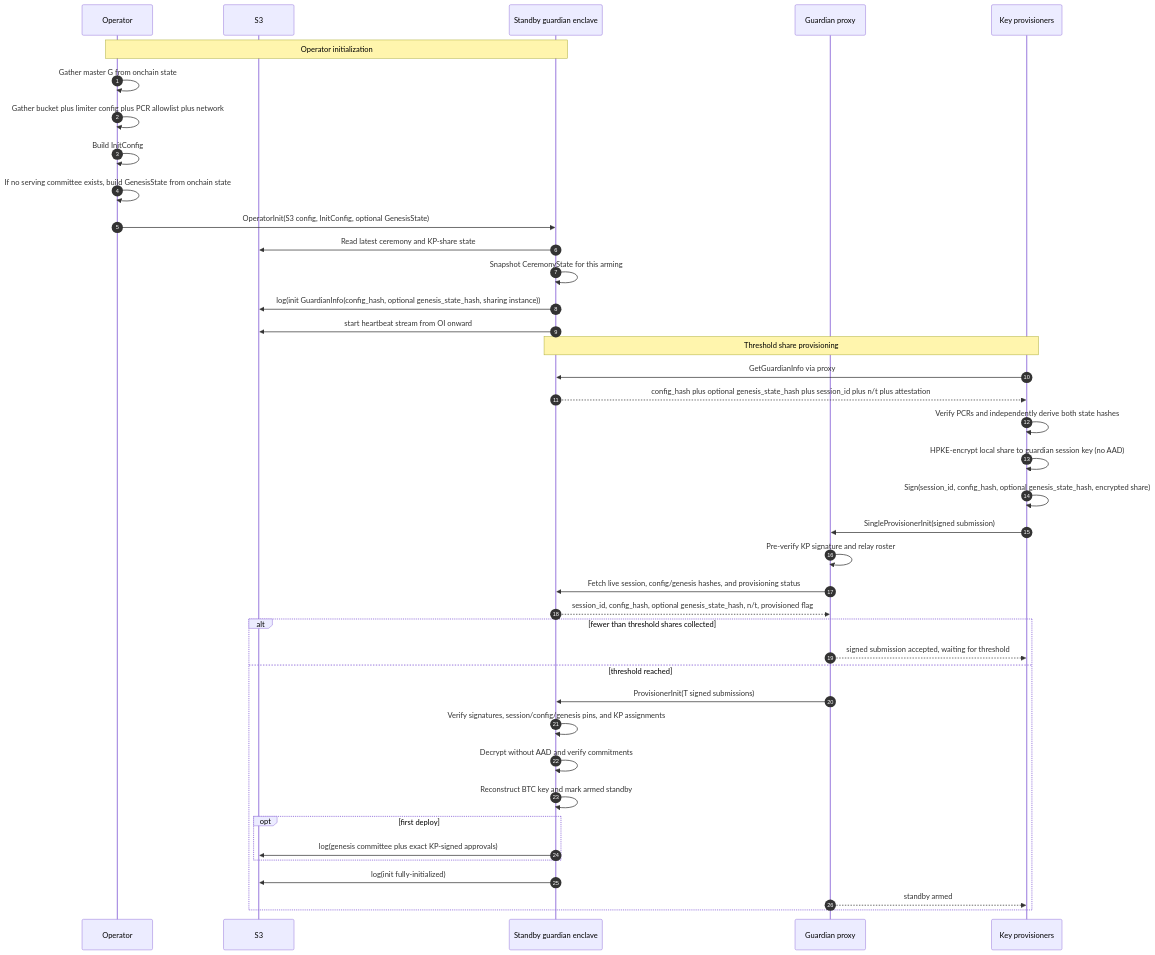
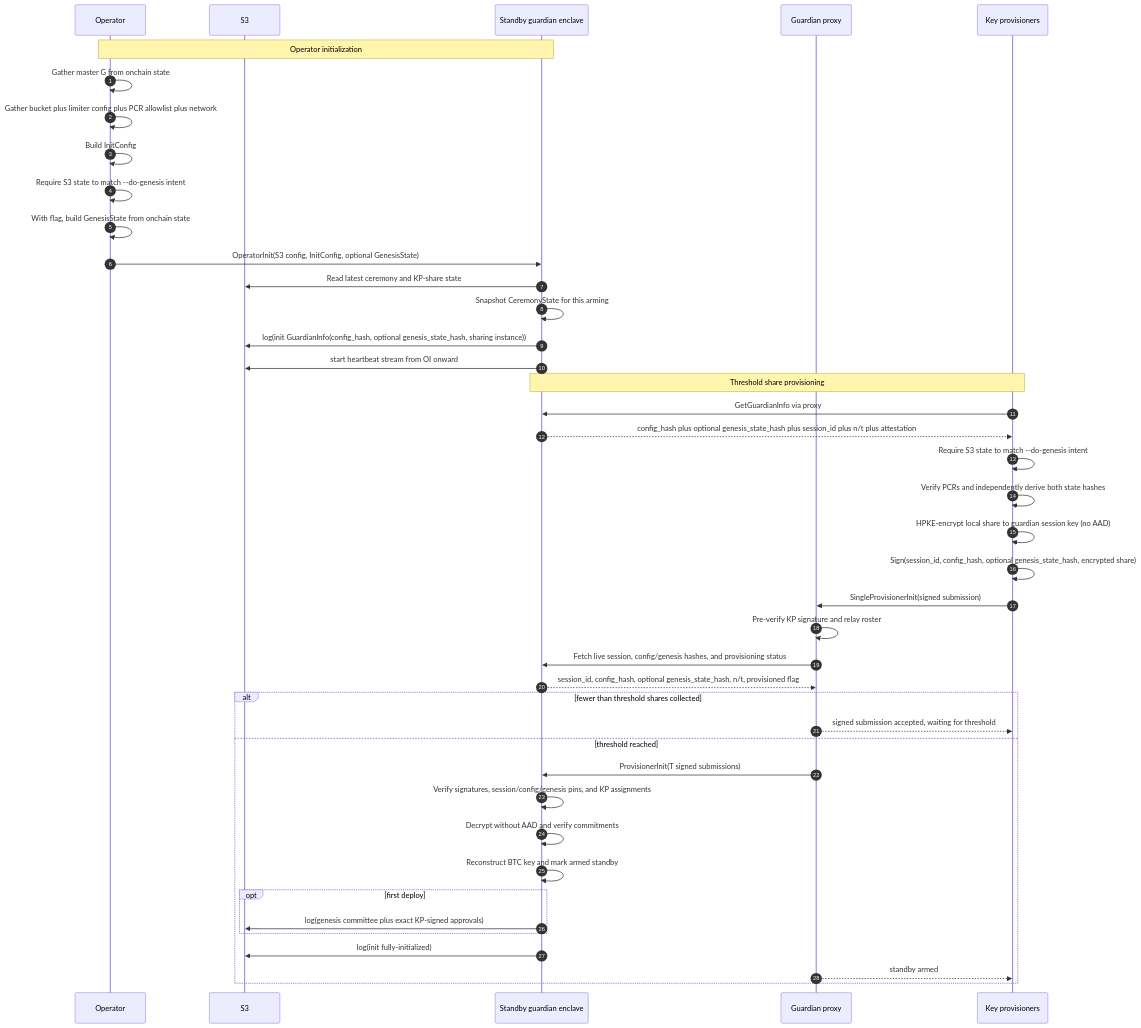
Before and after one commit to MystenLabs/hashi: the second of 4 diagrams in design/docs/guardian.mdx, drawn with Mermaid. The commit also changed other lines of this file and 4 other files, not shown here.

Commit message:
feat(guardian): require explicit genesis intent

````diff
--- a/design/docs/guardian.mdx
+++ b/design/docs/guardian.mdx
@@ -77,45 +77,47 @@
 ```mermaid
 sequenceDiagram
     autonumber
 
     participant Operator
     participant S3
     participant Guardian as Standby guardian enclave
     participant Proxy as Guardian proxy
     participant KPs as Key provisioners
 
     Note over Operator,Guardian: Operator initialization
     Operator->>Operator: Gather master G from onchain state
     Operator->>Operator: Gather bucket plus limiter config plus PCR allowlist plus network
     Operator->>Operator: Build InitConfig
-    Operator->>Operator: If no serving committee exists, build GenesisState from onchain state
+    Operator->>Operator: Require S3 state to match --do-genesis intent
+    Operator->>Operator: With flag, build GenesisState from onchain state
     Operator->>Guardian: OperatorInit(S3 config, InitConfig, optional GenesisState)
     Guardian->>S3: Read latest ceremony and KP-share state
     Guardian->>Guardian: Snapshot CeremonyState for this arming
     Guardian->>S3: log(init GuardianInfo(config_hash, optional genesis_state_hash, sharing instance))
     Guardian->>S3: start heartbeat stream from OI onward
 
     Note over KPs,Guardian: Threshold share provisioning
     KPs->>Guardian: GetGuardianInfo via proxy
     Guardian-->>KPs: config_hash plus optional genesis_state_hash plus session_id plus n/t plus attestation
+    KPs->>KPs: Require S3 state to match --do-genesis intent
     KPs->>KPs: Verify PCRs and independently derive both state hashes
     KPs->>KPs: HPKE-encrypt local share to guardian session key (no AAD)
     KPs->>KPs: Sign(session_id, config_hash, optional genesis_state_hash, encrypted share)
     KPs->>Proxy: SingleProvisionerInit(signed submission)
     Proxy->>Proxy: Pre-verify KP signature and relay roster
     Proxy->>Guardian: Fetch live session, config/genesis hashes, and provisioning status
     Guardian-->>Proxy: session_id, config_hash, optional genesis_state_hash, n/t, provisioned flag
     alt fewer than threshold shares collected
         Proxy-->>KPs: signed submission accepted, waiting for threshold
     else threshold reached
         Proxy->>Guardian: ProvisionerInit(T signed submissions)
         Guardian->>Guardian: Verify signatures, session/config/genesis pins, and KP assignments
         Guardian->>Guardian: Decrypt without AAD and verify commitments
         Guardian->>Guardian: Reconstruct BTC key and mark armed standby
         opt first deploy
             Guardian->>S3: log(genesis committee plus exact KP-signed approvals)
         end
         Guardian->>S3: log(init fully-initialized)
         Proxy-->>KPs: standby armed
     end
 ```
````
